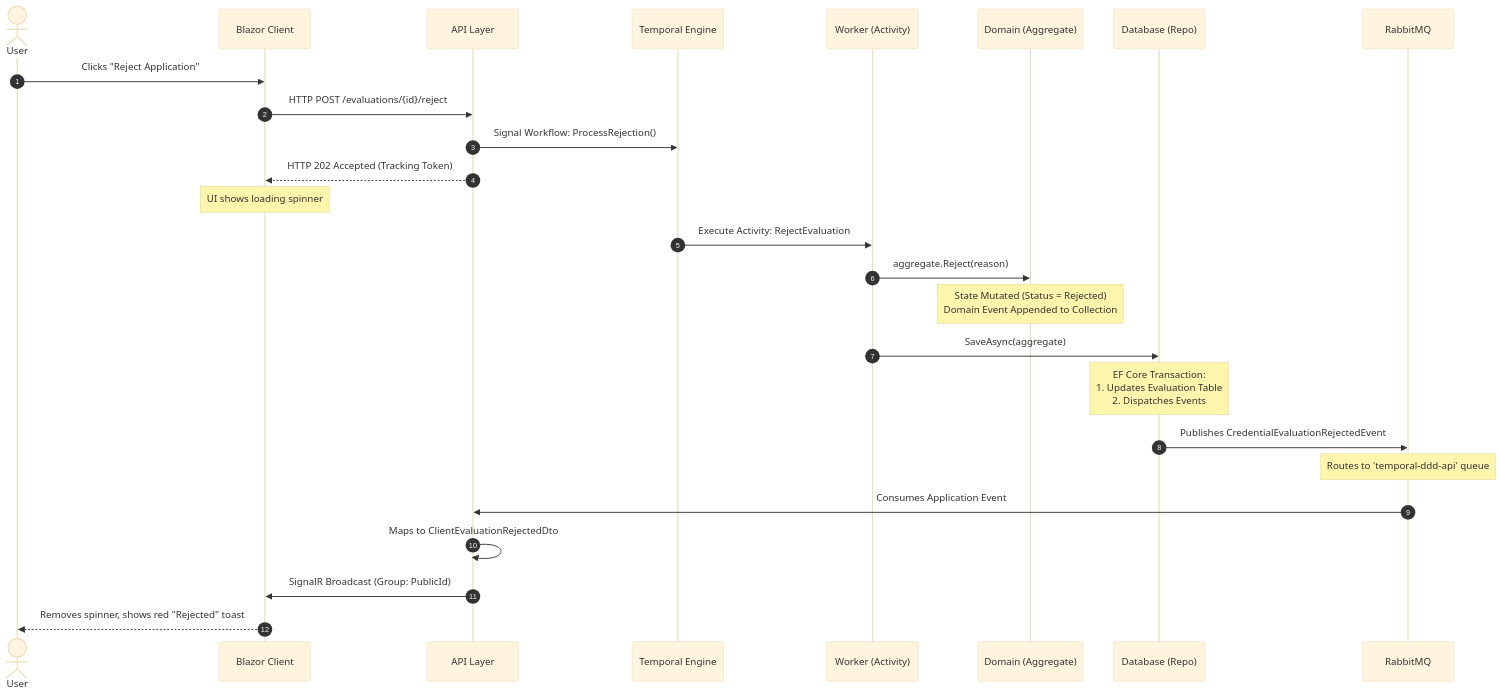
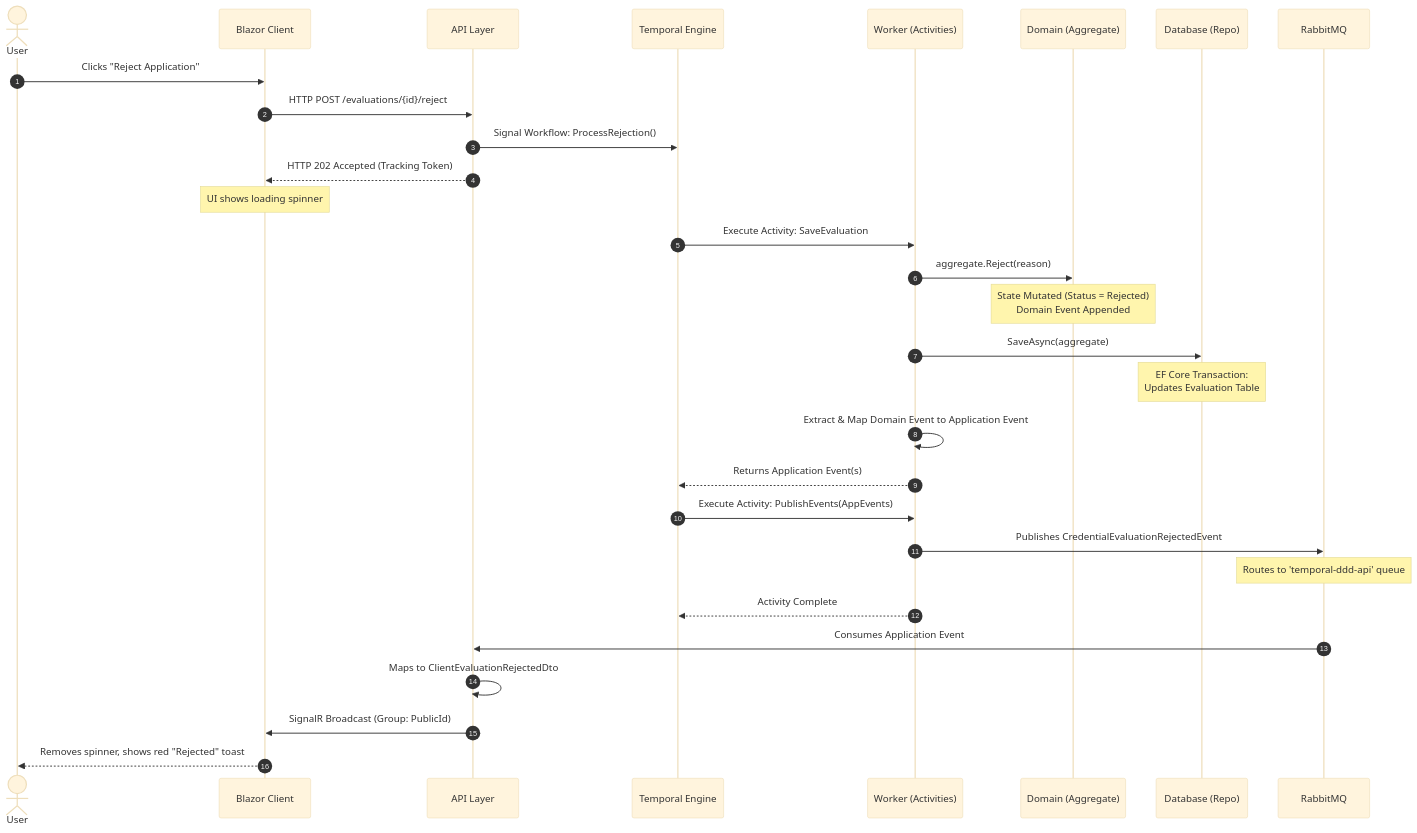
The third of 3 diagrams in README.md (zerotwooneone/temporal-playground), drawn with Mermaid (base theme) before and after one commit.

Commit message:
refine sequence diagram

````diff
--- a/README.md
+++ b/README.md
@@ -164,36 +164,42 @@
 ```mermaid
 sequenceDiagram
-    autonumber
-    actor User
-    participant UI as Blazor Client
-    participant API as API Layer
-    participant Temp as Temporal Engine
-    participant Work as Worker (Activity)
-    participant Dom as Domain (Aggregate)
-    participant DB as Database (Repo)
-    participant Bus as RabbitMQ
+  autonumber
+  actor User
+  participant UI as Blazor Client
+  participant API as API Layer
+  participant Temp as Temporal Engine
+  participant Work as Worker (Activities)
+  participant Dom as Domain (Aggregate)
+  participant DB as Database (Repo)
+  participant Bus as RabbitMQ
 
-    %% THE COMMAND PHASE (WRITE)
-    User->>UI: Clicks "Reject Application"
-    UI->>API: HTTP POST /evaluations/{id}/reject
-    API->>Temp: Signal Workflow: ProcessRejection()
-    API-->>UI: HTTP 202 Accepted (Tracking Token)
-    note over UI: UI shows loading spinner
-    
-    %% THE ORCHESTRATION & DOMAIN PHASE
-    Temp->>Work: Execute Activity: RejectEvaluation
-    Work->>Dom: aggregate.Reject(reason)
-    note over Dom: State Mutated (Status = Rejected)<br/>Domain Event Appended to Collection
-    Work->>DB: SaveAsync(aggregate)
-    note over DB: EF Core Transaction:<br/>1. Updates Evaluation Table<br/>2. Dispatches Events
-    
-    %% THE EVENT PHASE (READ/BROADCAST)
-    DB->>Bus: Publishes CredentialEvaluationRejectedEvent
-    note over Bus: Routes to 'temporal-ddd-api' queue
-    Bus->>API: Consumes Application Event
-    API->>API: Maps to ClientEvaluationRejectedDto
-    API->>UI: SignalR Broadcast (Group: PublicId)
-    
-    %% THE UI RESPONSE
-    UI-->>User: Removes spinner, shows red "Rejected" toast
+%% THE COMMAND PHASE (WRITE)
+  User->>UI: Clicks "Reject Application"
+  UI->>API: HTTP POST /evaluations/{id}/reject
+  API->>Temp: Signal Workflow: ProcessRejection()
+  API-->>UI: HTTP 202 Accepted (Tracking Token)
+  note over UI: UI shows loading spinner
+
+%% ACTIVITY 1: SAVE & MAP
+  Temp->>Work: Execute Activity: SaveEvaluation
+  Work->>Dom: aggregate.Reject(reason)
+  note over Dom: State Mutated (Status = Rejected)<br/>Domain Event Appended
+  Work->>DB: SaveAsync(aggregate)
+  note over DB: EF Core Transaction:<br/>Updates Evaluation Table
+  Work->>Work: Extract & Map Domain Event to Application Event
+  Work-->>Temp: Returns Application Event(s)
+
+%% ACTIVITY 2: PUBLISH
+  Temp->>Work: Execute Activity: PublishEvents(AppEvents)
+  Work->>Bus: Publishes CredentialEvaluationRejectedEvent
+  note over Bus: Routes to 'temporal-ddd-api' queue
+  Work-->>Temp: Activity Complete
+
+%% THE EVENT CONSUMPTION PHASE (READ/BROADCAST)
+  Bus->>API: Consumes Application Event
+  API->>API: Maps to ClientEvaluationRejectedDto
+  API->>UI: SignalR Broadcast (Group: PublicId)
+
+%% THE UI RESPONSE
+  UI-->>User: Removes spinner, shows red "Rejected" toast
 ```
````
